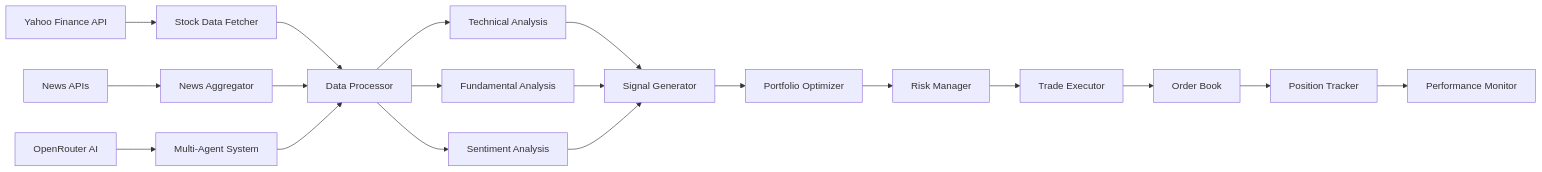
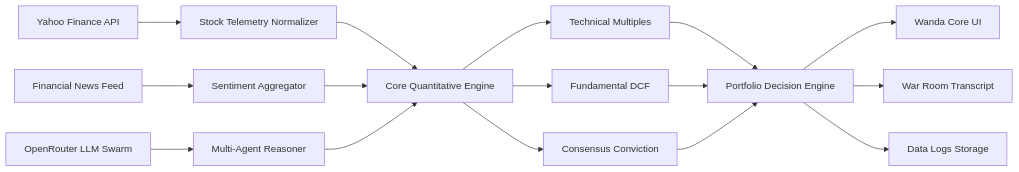
Before and after one commit to bimoadis/ChatieAgent: the first of 2 diagrams in README.md, drawn with Mermaid. The commit also changed other lines of this file and 1 other file, not shown here.

Commit message:
docs: update README.md with redesigned architecture and new banner image

````diff
--- a/README.md
+++ b/README.md
@@ -120,26 +90,22 @@
 ```mermaid
 graph LR
-    A[Yahoo Finance API] --> B[Stock Data Fetcher]
-    C[News APIs] --> D[News Aggregator]
-    E[OpenRouter AI] --> F[Multi-Agent System]
+    A[Yahoo Finance API] --> B[Stock Telemetry Normalizer]
+    C[Financial News Feed] --> D[Sentiment Aggregator]
+    E[OpenRouter LLM Swarm] --> F[Multi-Agent Reasoner]
     
-    B --> G[Data Processor]
+    B --> G[Core Quantitative Engine]
     D --> G
     F --> G
     
-    G --> H[Technical Analysis]
-    G --> I[Fundamental Analysis]
-    G --> J[Sentiment Analysis]
+    G --> H[Technical Multiples]
+    G --> I[Fundamental DCF]
+    G --> J[Consensus Conviction]
     
-    H --> K[Signal Generator]
+    H --> K[Portfolio Decision Engine]
     I --> K
     J --> K
     
-    K --> L[Portfolio Optimizer]
-    L --> M[Risk Manager]
-    M --> N[Trade Executor]
-    
-    N --> O[Order Book]
-    O --> P[Position Tracker]
-    P --> Q[Performance Monitor]
+    K --> L[Wanda Core UI]
+    K --> M[War Room Transcript]
+    K --> N[Data Logs Storage]
 ```
````
